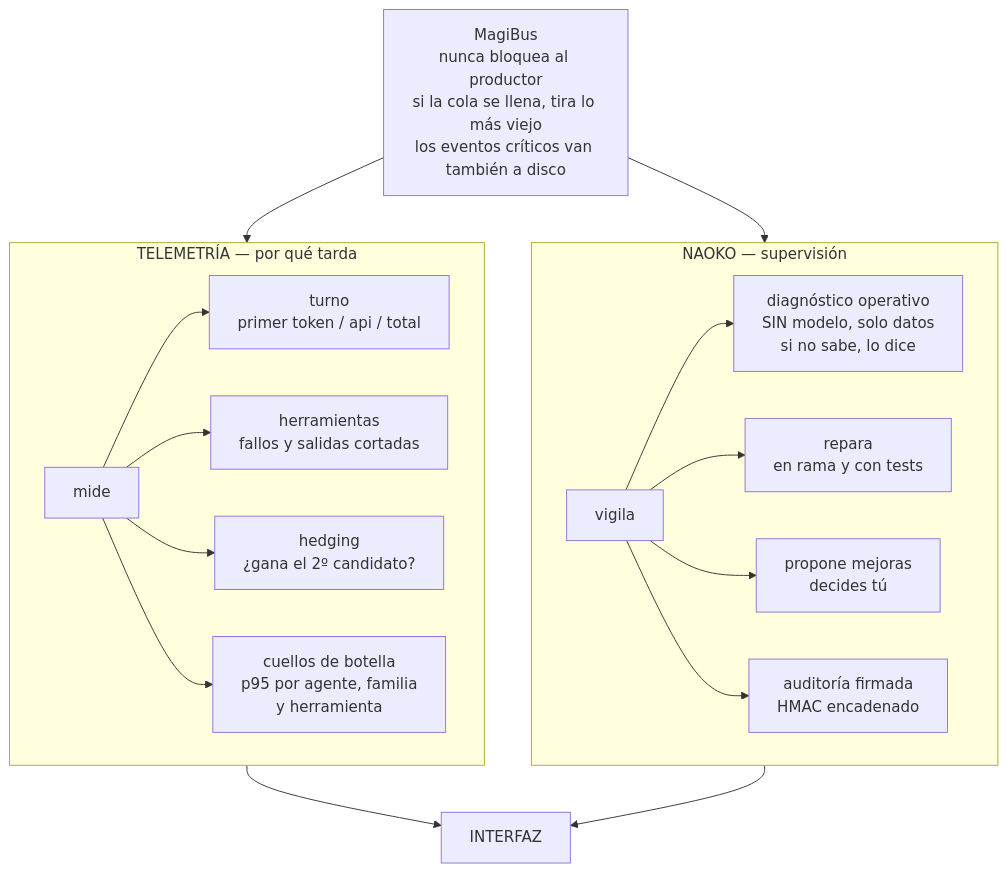
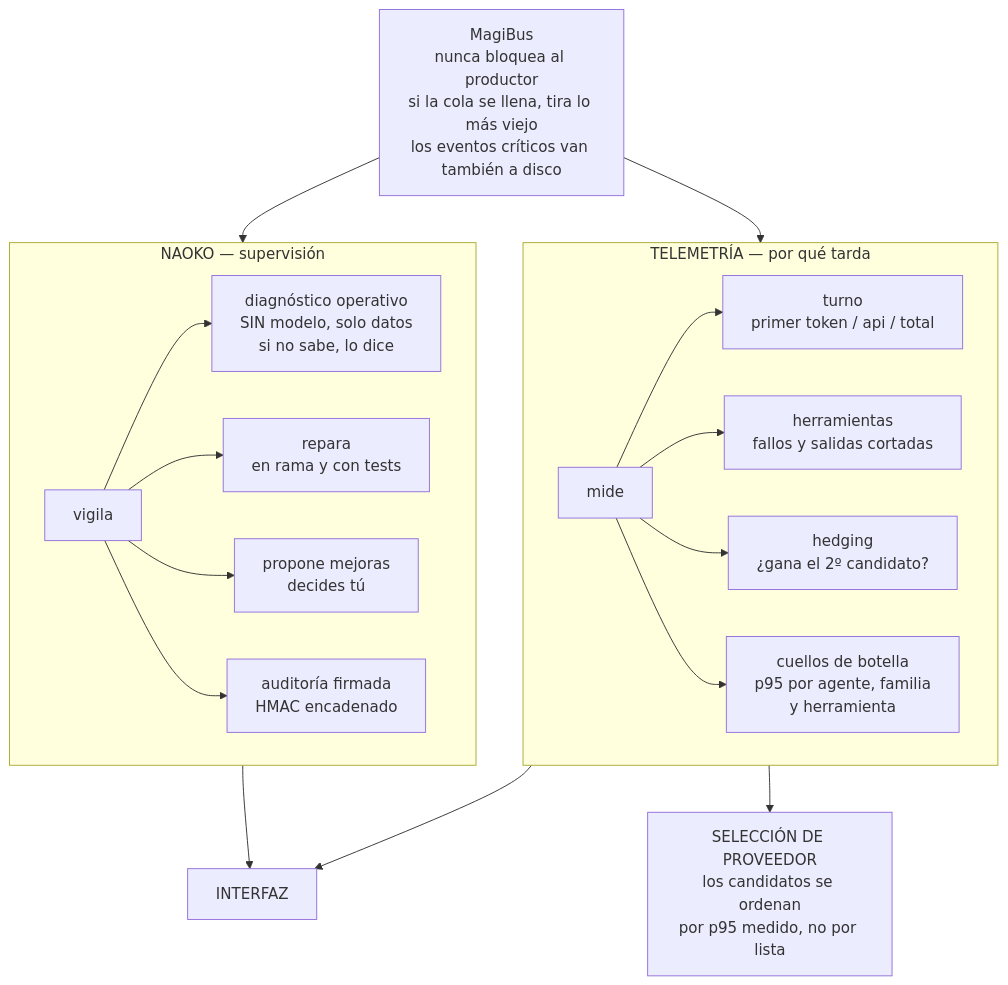
Before and after one commit to zero-phoenix/MAGI-System-IDE: the second of 2 diagrams in README.md, drawn with Mermaid. The commit also changed other lines of this file and 4 other files, not shown here.

````diff
--- a/README.md
+++ b/README.md
@@ -150,29 +150,30 @@
 ```mermaid
 flowchart TD
 
 BUS["MagiBus<br/>nunca bloquea al productor<br/>si la cola se llena, tira lo más viejo<br/>los eventos críticos van también a disco"]
 
 BUS --> NAO
 BUS --> TEL
 
 subgraph H1["NAOKO — supervisión"]
   direction LR
   NAO["vigila"]
   NAO --> NA1["diagnóstico operativo<br/>SIN modelo, solo datos<br/>si no sabe, lo dice"]
   NAO --> NA2["repara<br/>en rama y con tests"]
   NAO --> NA3["propone mejoras<br/>decides tú"]
   NAO --> NA4["auditoría firmada<br/>HMAC encadenado"]
 end
 
 subgraph H2["TELEMETRÍA — por qué tarda"]
   direction LR
   TEL["mide"]
   TEL --> TE1["turno<br/>primer token / api / total"]
   TEL --> TE2["herramientas<br/>fallos y salidas cortadas"]
   TEL --> TE3["hedging<br/>¿gana el 2º candidato?"]
   TEL --> TE4["cuellos de botella<br/>p95 por agente, familia<br/>y herramienta"]
 end
 
 NA1 --> GUI["INTERFAZ"]
 TE4 --> GUI
+TE4 --> SEL["SELECCIÓN DE PROVEEDOR<br/>los candidatos se ordenan<br/>por p95 medido, no por lista"]
 ```
````
